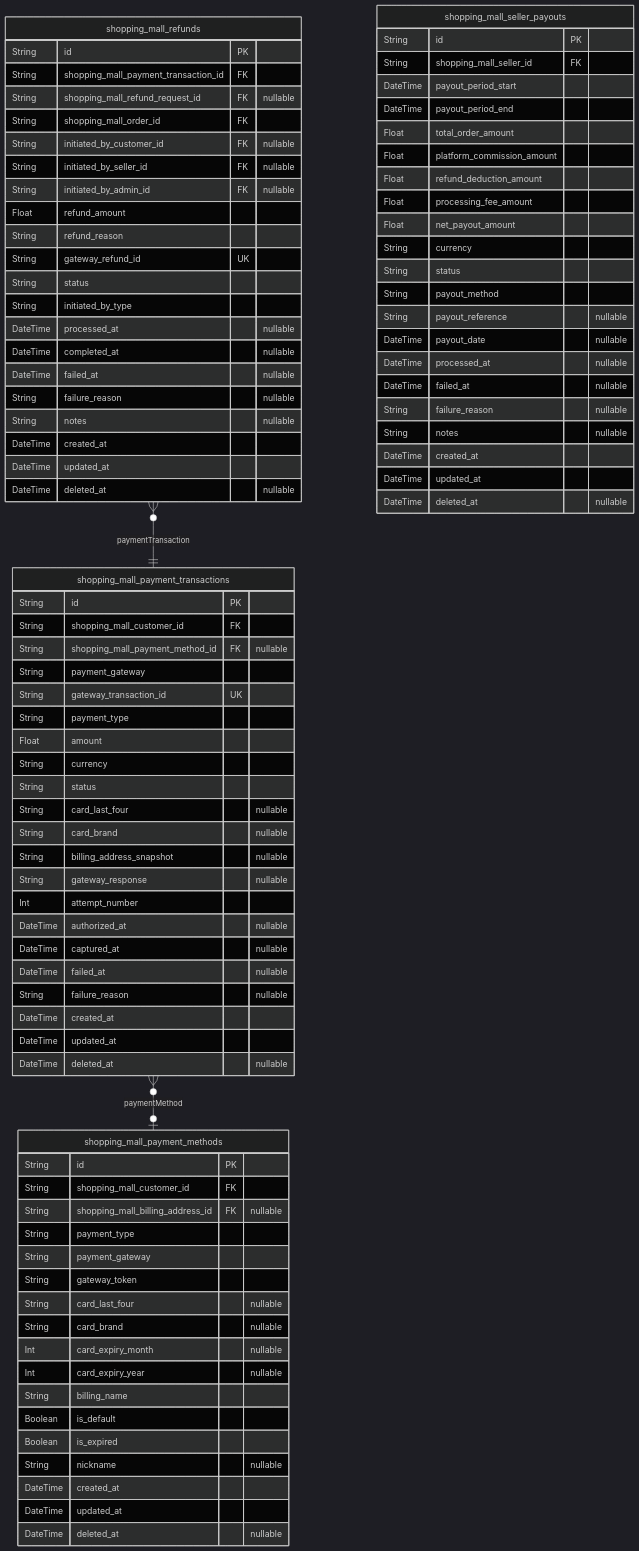
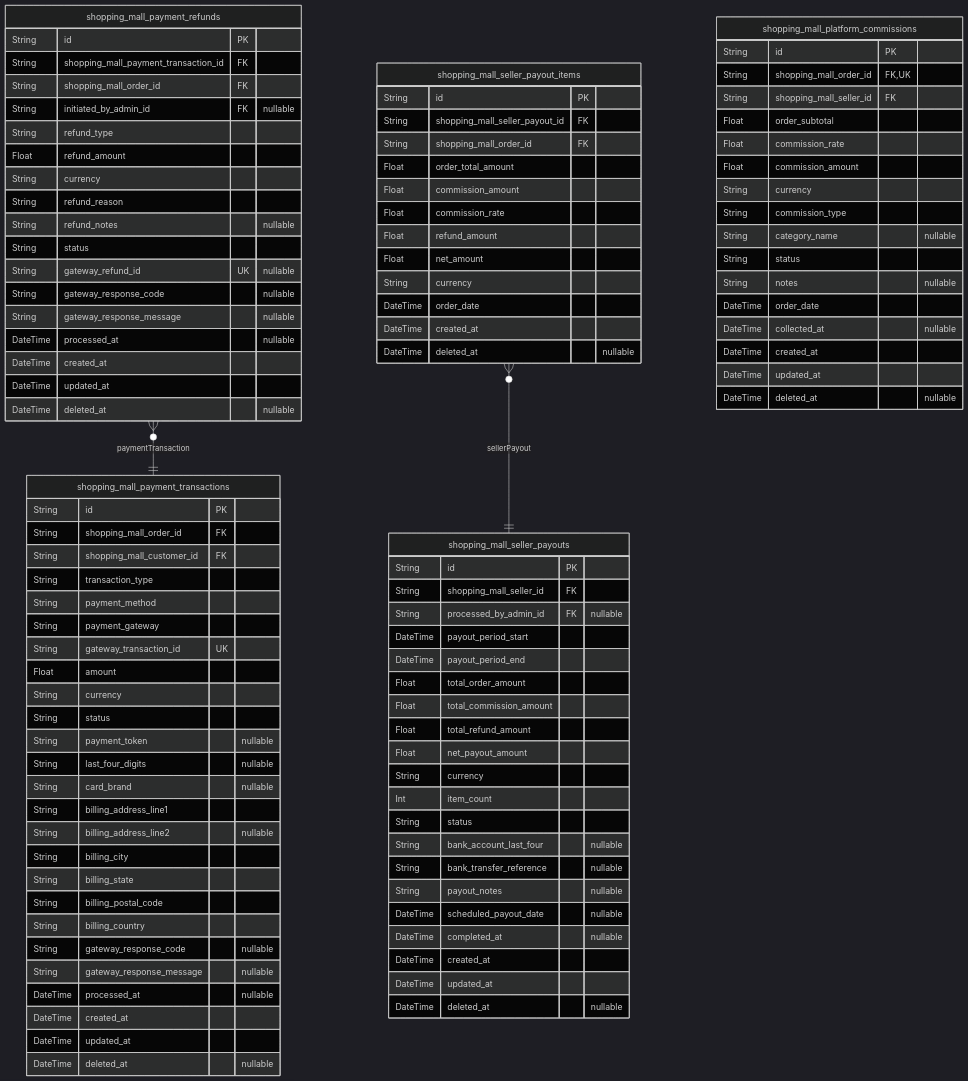
The sixth of 10 diagrams in anthropic/claude-sonnet-4.5/shopping/docs/ERD.md (wrtnlabs/autobe-examples), drawn with Mermaid (dark theme) before and after one commit. The commit also changed other lines of this file and 16146 other files, not shown here.

````diff
--- a/anthropic/claude-sonnet-4.5/shopping/docs/ERD.md
+++ b/anthropic/claude-sonnet-4.5/shopping/docs/ERD.md
@@ -1575,64 +1532,46 @@
 erDiagram
 "shopping_mall_payment_transactions" {
   String id PK
+  String shopping_mall_order_id FK
   String shopping_mall_customer_id FK
-  String shopping_mall_payment_method_id FK "nullable"
+  String transaction_type
+  String payment_method
   String payment_gateway
   String gateway_transaction_id UK
-  String payment_type
   Float amount
   String currency
   String status
-  String card_last_four "nullable"
+  String payment_token "nullable"
+  String last_four_digits "nullable"
   String card_brand "nullable"
-  String billing_address_snapshot "nullable"
-  String gateway_response "nullable"
-  Int attempt_number
-  DateTime authorized_at "nullable"
-  DateTime captured_at "nullable"
-  DateTime failed_at "nullable"
-  String failure_reason "nullable"
+  String billing_address_line1
+  String billing_address_line2 "nullable"
+  String billing_city
+  String billing_state
+  String billing_postal_code
+  String billing_country
+  String gateway_response_code "nullable"
+  String gateway_response_message "nullable"
+  DateTime processed_at "nullable"
   DateTime created_at
   DateTime updated_at
   DateTime deleted_at "nullable"
 }
-"shopping_mall_payment_methods" {
-  String id PK
-  String shopping_mall_customer_id FK
-  String shopping_mall_billing_address_id FK "nullable"
-  String payment_type
-  String payment_gateway
-  String gateway_token
-  String card_last_four "nullable"
-  String card_brand "nullable"
-  Int card_expiry_month "nullable"
-  Int card_expiry_year "nullable"
-  String billing_name
-  Boolean is_default
-  Boolean is_expired
-  String nickname "nullable"
-  DateTime created_at
-  DateTime updated_at
-  DateTime deleted_at "nullable"
-}
-"shopping_mall_refunds" {
+"shopping_mall_payment_refunds" {
   String id PK
   String shopping_mall_payment_transaction_id FK
-  String shopping_mall_refund_request_id FK "nullable"
   String shopping_mall_order_id FK
-  String initiated_by_customer_id FK "nullable"
-  String initiated_by_seller_id FK "nullable"
   String initiated_by_admin_id FK "nullable"
+  String refund_type
   Float refund_amount
+  String currency
   String refund_reason
-  String gateway_refund_id UK
+  String refund_notes "nullable"
   String status
-  String initiated_by_type
+  String gateway_refund_id UK "nullable"
+  String gateway_response_code "nullable"
+  String gateway_response_message "nullable"
   DateTime processed_at "nullable"
-  DateTime completed_at "nullable"
-  DateTime failed_at "nullable"
-  String failure_reason "nullable"
-  String notes "nullable"
   DateTime created_at
   DateTime updated_at
   DateTime deleted_at "nullable"
@@ -1640,26 +1579,57 @@
 "shopping_mall_seller_payouts" {
   String id PK
   String shopping_mall_seller_id FK
+  String processed_by_admin_id FK "nullable"
   DateTime payout_period_start
   DateTime payout_period_end
   Float total_order_amount
-  Float platform_commission_amount
-  Float refund_deduction_amount
-  Float processing_fee_amount
+  Float total_commission_amount
+  Float total_refund_amount
   Float net_payout_amount
   String currency
+  Int item_count
   String status
-  String payout_method
-  String payout_reference "nullable"
-  DateTime payout_date "nullable"
-  DateTime processed_at "nullable"
-  DateTime failed_at "nullable"
-  String failure_reason "nullable"
-  String notes "nullable"
+  String bank_account_last_four "nullable"
+  String bank_transfer_reference "nullable"
+  String payout_notes "nullable"
+  DateTime scheduled_payout_date "nullable"
+  DateTime completed_at "nullable"
   DateTime created_at
   DateTime updated_at
   DateTime deleted_at "nullable"
 }
-"shopping_mall_payment_transactions" }o--o| "shopping_mall_payment_methods" : paymentMethod
-"shopping_mall_refunds" }o--|| "shopping_mall_payment_transactions" : paymentTransaction
+"shopping_mall_seller_payout_items" {
+  String id PK
+  String shopping_mall_seller_payout_id FK
+  String shopping_mall_order_id FK
+  Float order_total_amount
+  Float commission_amount
+  Float commission_rate
+  Float refund_amount
+  Float net_amount
+  String currency
+  DateTime order_date
+  DateTime created_at
+  DateTime deleted_at "nullable"
+}
+"shopping_mall_platform_commissions" {
+  String id PK
+  String shopping_mall_order_id FK,UK
+  String shopping_mall_seller_id FK
+  Float order_subtotal
+  Float commission_rate
+  Float commission_amount
+  String currency
+  String commission_type
+  String category_name "nullable"
+  String status
+  String notes "nullable"
+  DateTime order_date
+  DateTime collected_at "nullable"
+  DateTime created_at
+  DateTime updated_at
+  DateTime deleted_at "nullable"
+}
+"shopping_mall_payment_refunds" }o--|| "shopping_mall_payment_transactions" : paymentTransaction
+"shopping_mall_seller_payout_items" }o--|| "shopping_mall_seller_payouts" : sellerPayout
 ```
````
